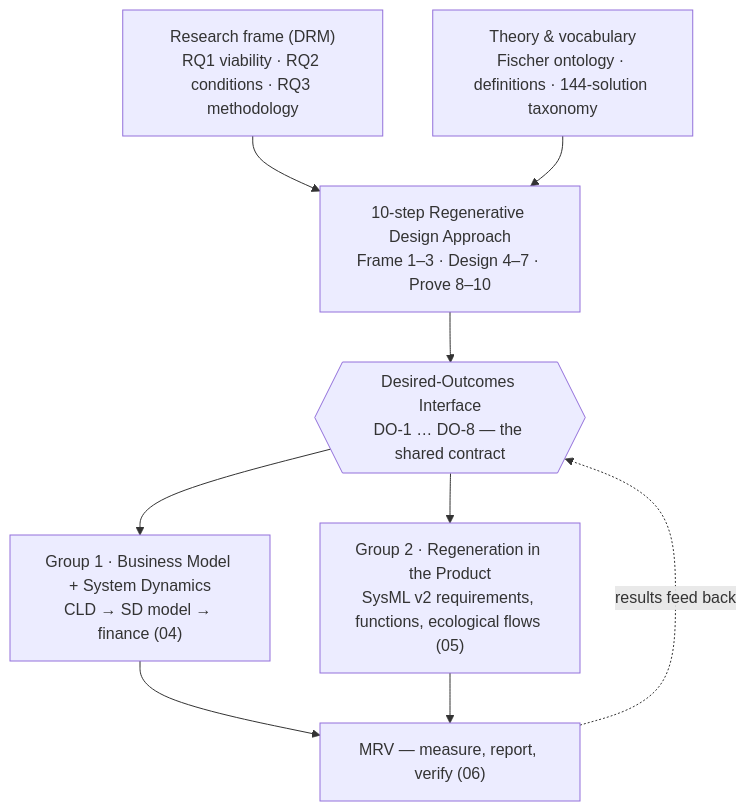
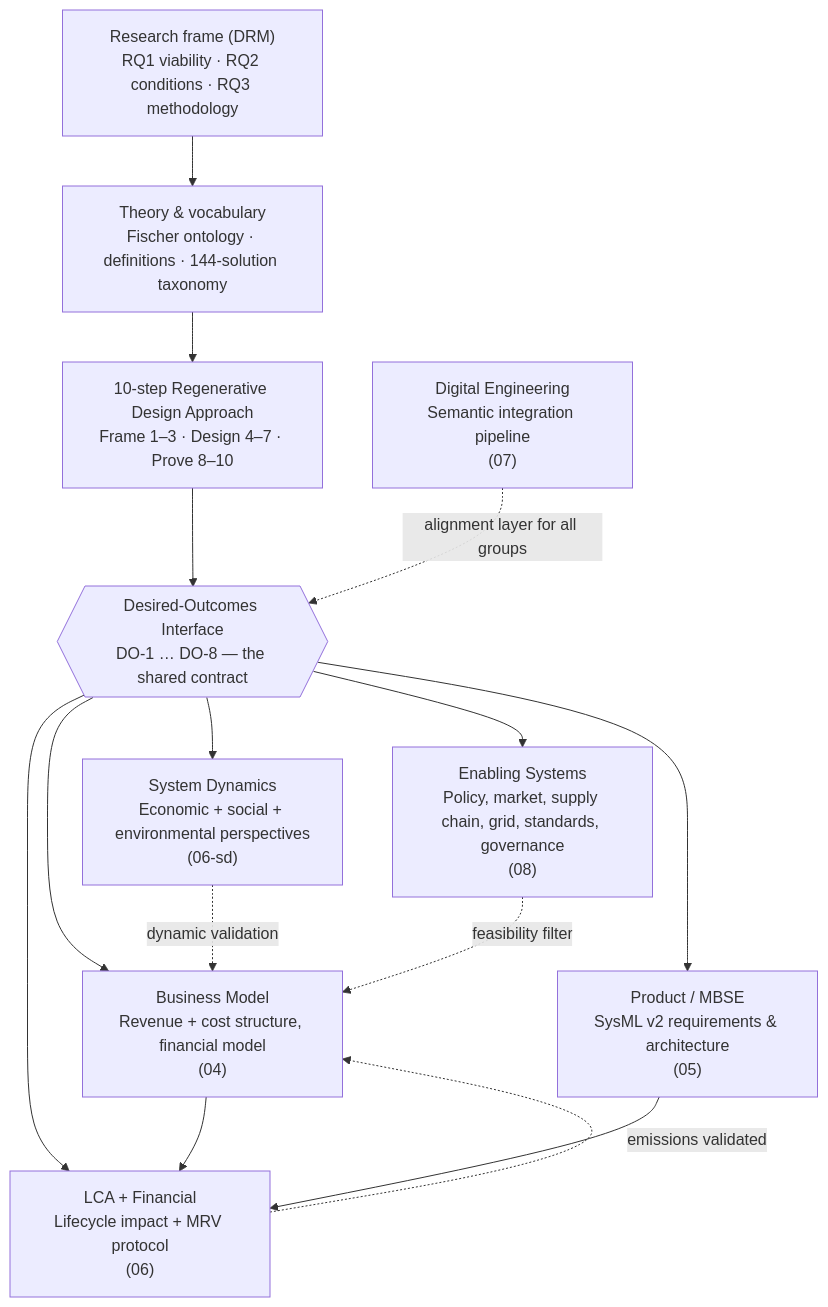
Before and after one commit to TheNightFox-1/SustainableTogether: the diagram in SustainableTogether Projects/Regeneration/README.md, drawn with Mermaid. The commit also changed other lines of this file and 38 other files, not shown here.

First line of the commit message:
Restructure: split Regeneration groups and expand RQ→group mapping

````diff
--- a/SustainableTogether Projects/Regeneration/README.md
+++ b/SustainableTogether Projects/Regeneration/README.md
@@ -127,12 +165,18 @@
 ```mermaid
 flowchart TD
-  RQ["Research frame (DRM)<br/>RQ1 viability · RQ2 conditions · RQ3 methodology"] --> APP
+  RQ["Research frame (DRM)<br/>RQ1 viability · RQ2 conditions · RQ3 methodology"] --> ONT
   ONT["Theory & vocabulary<br/>Fischer ontology · definitions · 144-solution taxonomy"] --> APP
   APP["10-step Regenerative Design Approach<br/>Frame 1–3 · Design 4–7 · Prove 8–10"] --> INT
   INT{{"Desired-Outcomes Interface<br/>DO-1 … DO-8 — the shared contract"}}
-  INT --> G1["Group 1 · Business Model + System Dynamics<br/>CLD → SD model → finance (04)"]
-  INT --> G2["Group 2 · Regeneration in the Product<br/>SysML v2 requirements, functions, ecological flows (05)"]
-  G1 --> MRV["MRV — measure, report, verify (06)"]
-  G2 --> MRV
-  MRV -.->|"results feed back"| INT
+  INT --> BM["Business Model<br/>Revenue + cost structure, financial model<br/>(04)"]
+  INT --> PRD["Product / MBSE<br/>SysML v2 requirements & architecture<br/>(05)"]
+  INT --> SD["System Dynamics<br/>Economic + social + environmental perspectives<br/>(06-sd)"]
+  INT --> LCA["LCA + Financial<br/>Lifecycle impact + MRV protocol<br/>(06)"]
+  INT --> ENS["Enabling Systems<br/>Policy, market, supply chain, grid, standards, governance<br/>(08)"]
+  DE["Digital Engineering<br/>Semantic integration pipeline<br/>(07)"] -.->|"alignment layer for all groups"| INT
+  BM --> LCA
+  PRD --> LCA
+  SD -.->|"dynamic validation"| BM
+  ENS -.->|"feasibility filter"| BM
+  LCA -.->|"emissions validated"| BM
 ```
````
